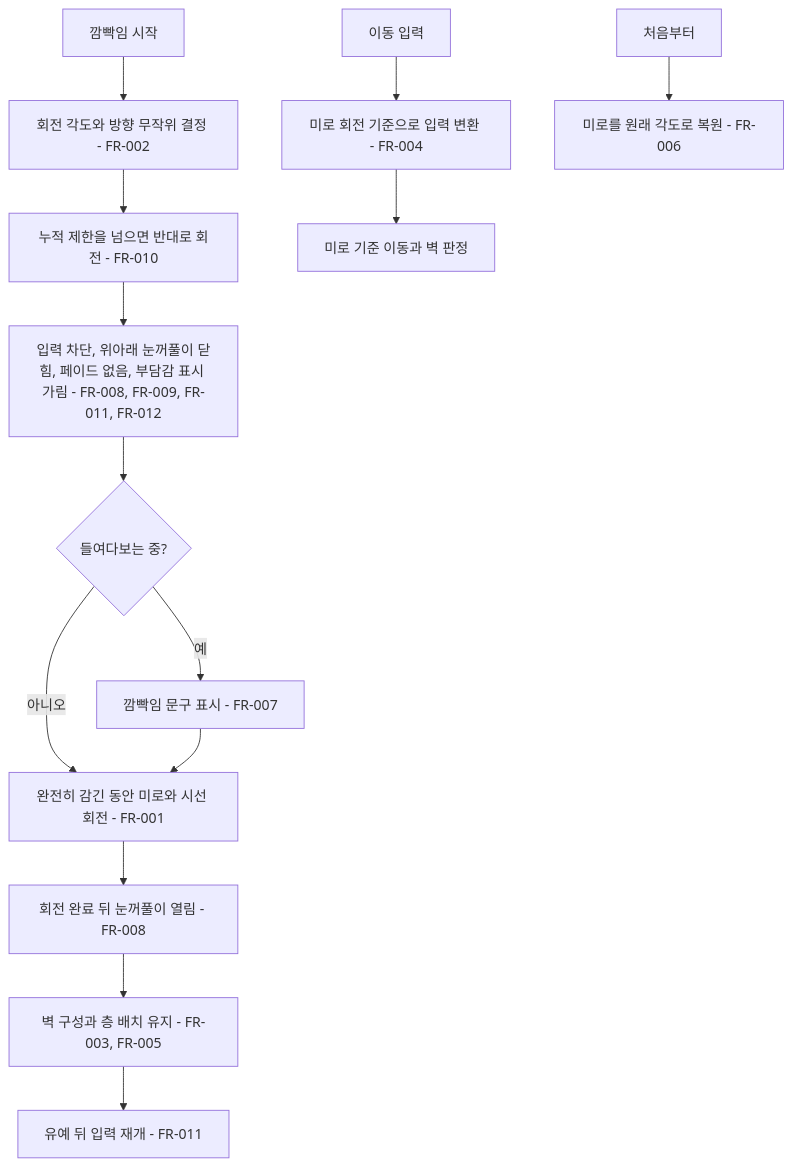
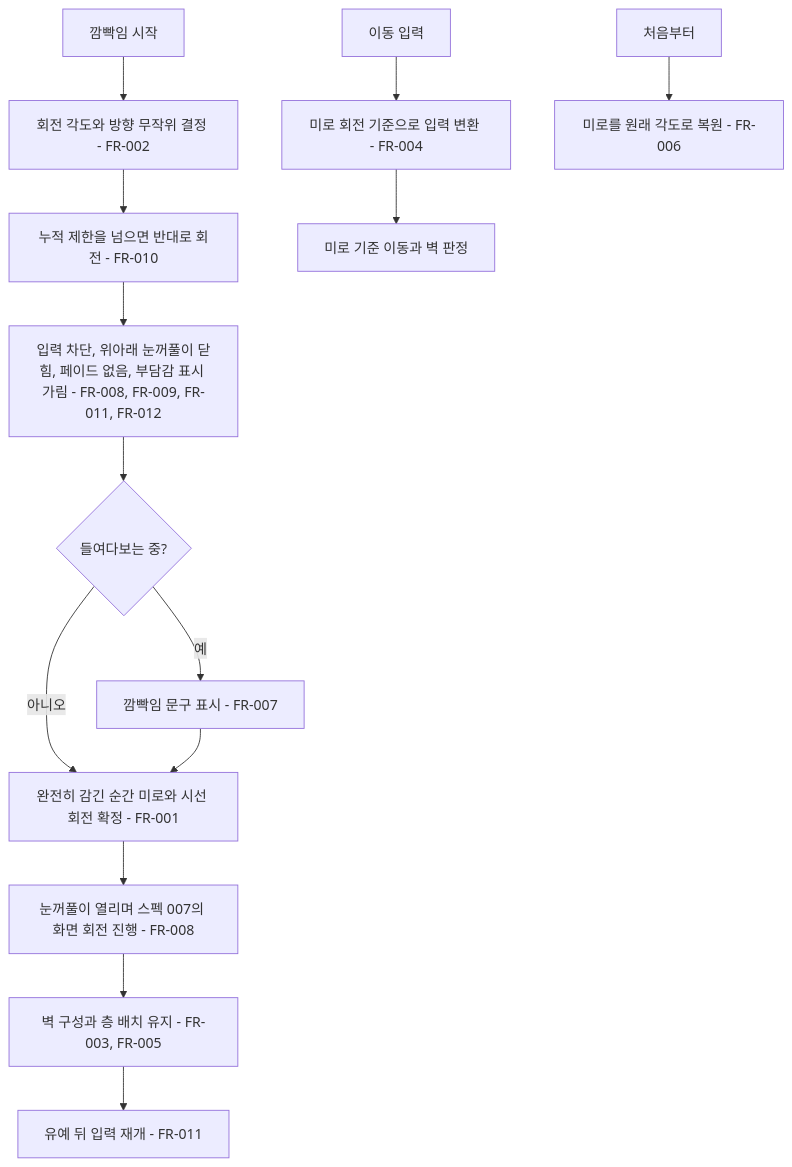
Before and after one commit to xpaklove12-lang/Corner1: the diagram in docs/specs/006-blink-illusion-rotation.md, drawn with Mermaid. The commit also changed other lines of this file and 9 other files, not shown here.

````diff
--- a/docs/specs/006-blink-illusion-rotation.md
+++ b/docs/specs/006-blink-illusion-rotation.md
@@ -47,16 +47,16 @@
 ```mermaid
 flowchart TD
     A[깜빡임 시작] --> B[회전 각도와 방향 무작위 결정 - FR-002]
     B --> B2[누적 제한을 넘으면 반대로 회전 - FR-010]
     B2 --> C[입력 차단, 위아래 눈꺼풀이 닫힘, 페이드 없음, 부담감 표시 가림 - FR-008, FR-009, FR-011, FR-012]
     C --> D{들여다보는 중?}
     D -- 예 --> E[깜빡임 문구 표시 - FR-007]
-    D -- 아니오 --> F[완전히 감긴 동안 미로와 시선 회전 - FR-001]
+    D -- 아니오 --> F[완전히 감긴 순간 미로와 시선 회전 확정 - FR-001]
     E --> F
-    F --> G[회전 완료 뒤 눈꺼풀이 열림 - FR-008]
+    F --> G[눈꺼풀이 열리며 스펙 007의 화면 회전 진행 - FR-008]
     G --> H[벽 구성과 층 배치 유지 - FR-003, FR-005]
     H --> H2[유예 뒤 입력 재개 - FR-011]
     I[이동 입력] --> J[미로 회전 기준으로 입력 변환 - FR-004]
     J --> K[미로 기준 이동과 벽 판정]
     L[처음부터] --> M[미로를 원래 각도로 복원 - FR-006]
 ```
````
